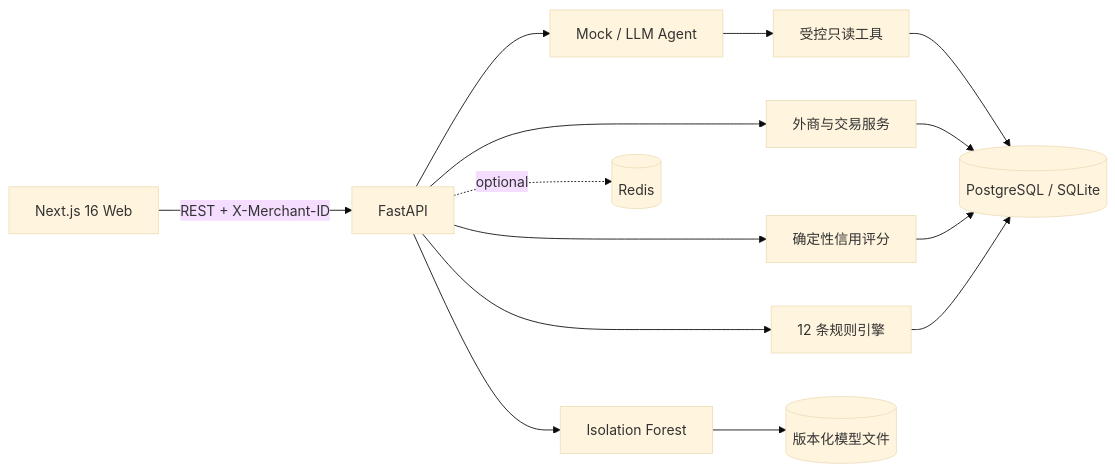
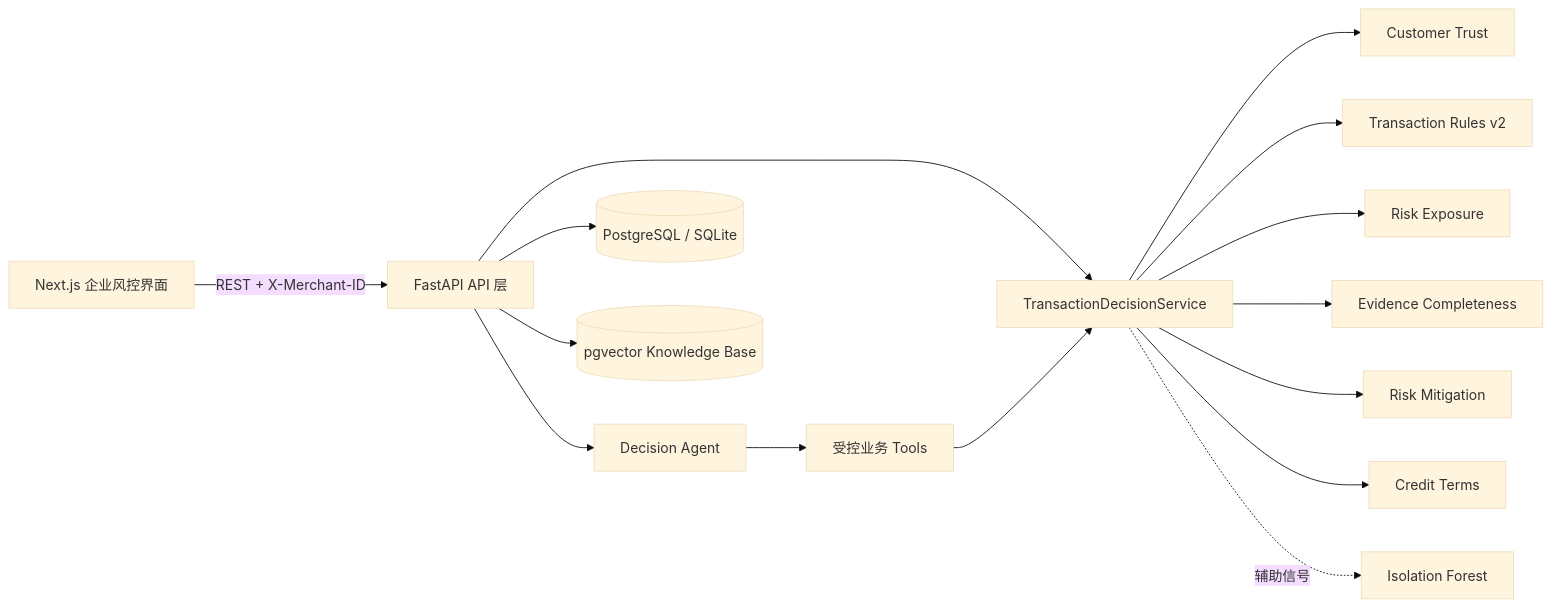
One commit to Lee-zc2007/yiwu_trading_agent changed the diagram in README.md. Above: the diagram before and after it, drawn with Mermaid (base theme). The commit also changed other lines of this file and 77 other files, not shown here.

````diff
--- a/README.md
+++ b/README.md
@@ -19,16 +30,17 @@
 ```mermaid
 flowchart LR
-  UI["Next.js 16 Web"] -->|REST + X-Merchant-ID| API["FastAPI"]
-  API --> CRUD["外商与交易服务"]
-  API --> SCORE["确定性信用评分"]
-  API --> RULES["12 条规则引擎"]
-  API --> IF["Isolation Forest"]
-  API --> AGENT["Mock / LLM Agent"]
-  AGENT --> TOOLS["受控只读工具"]
-  TOOLS --> DB[("PostgreSQL / SQLite")]
-  CRUD --> DB
-  SCORE --> DB
-  RULES --> DB
-  IF --> MODEL[("版本化模型文件")]
-  API -. optional .-> REDIS[("Redis")]
+  UI["Next.js 企业风控界面"] -->|"REST + X-Merchant-ID"| API["FastAPI API 层"]
+  API --> DECISION["TransactionDecisionService"]
+  DECISION --> TRUST["Customer Trust"]
+  DECISION --> RULES["Transaction Rules v2"]
+  DECISION --> EXPOSURE["Risk Exposure"]
+  DECISION --> EVIDENCE["Evidence Completeness"]
+  DECISION --> MITIGATION["Risk Mitigation"]
+  DECISION --> TERMS["Credit Terms"]
+  DECISION -.辅助信号.-> IF["Isolation Forest"]
+  API --> AGENT["Decision Agent"]
+  AGENT --> TOOLS["受控业务 Tools"]
+  TOOLS --> DECISION
+  API --> DB[("PostgreSQL / SQLite")]
+  API --> KB[("pgvector Knowledge Base")]
 ```
````
